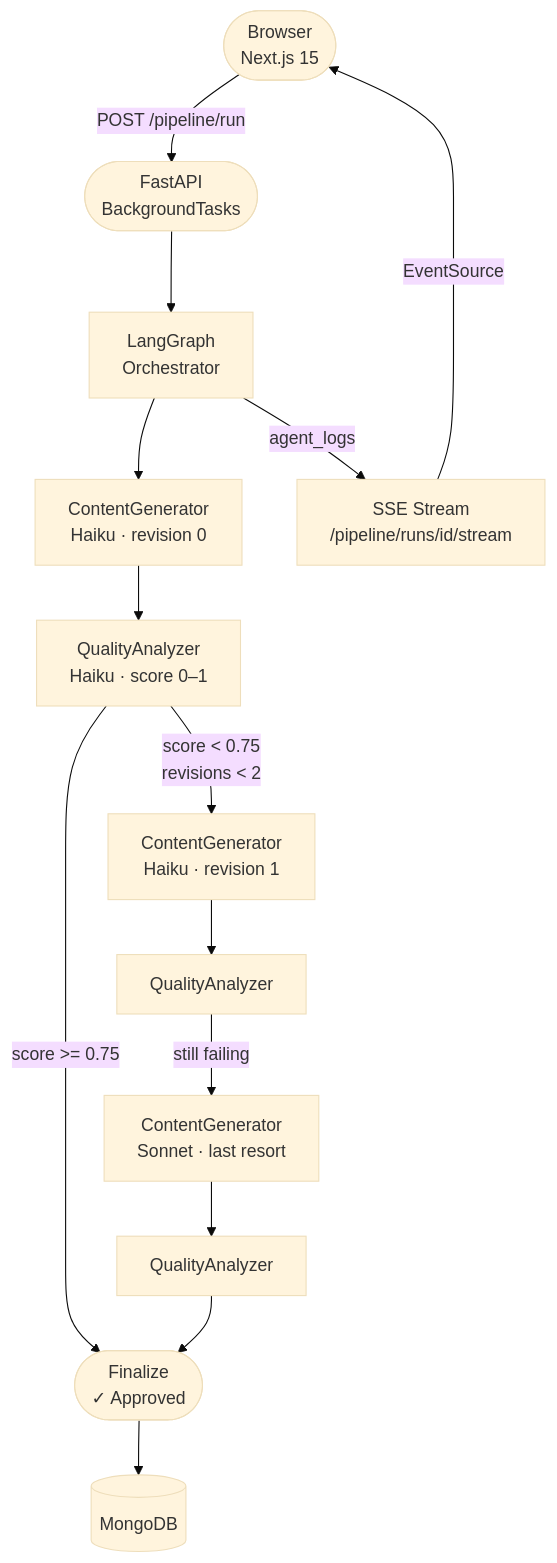
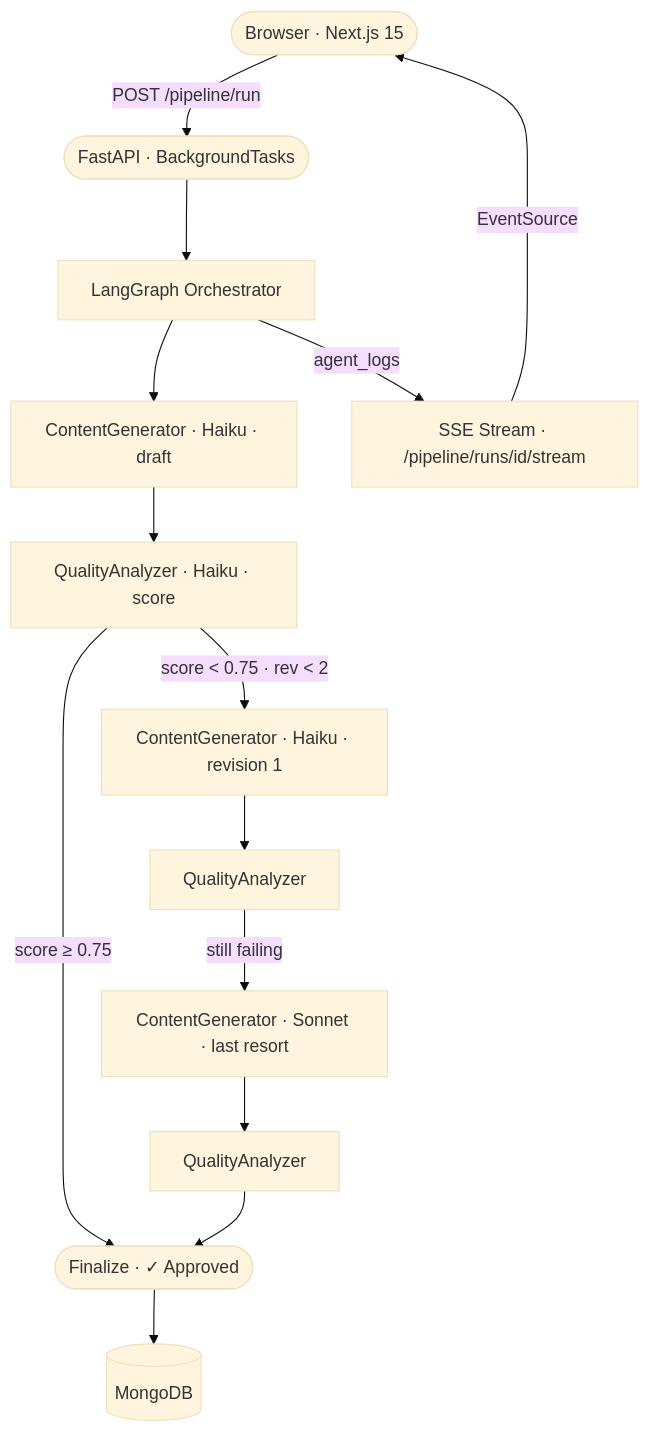
The diagram in README.md (GatoProgramador-01/medium-agent-factory), drawn with Mermaid (base theme) before and after one commit. The commit also changed other lines of this file and 2 other files, not shown here.

First line of the commit message:
docs: production-grade README, architecture doc, MIT license

````diff
--- a/README.md
+++ b/README.md
@@ -23,19 +29,19 @@
 ```mermaid
 graph TD
-    UI([Browser\nNext.js 15]) -->|POST /pipeline/run| API([FastAPI\nBackgroundTasks])
-    API --> ORC[LangGraph\nOrchestrator]
+    UI([Browser · Next.js 15]) -->|POST /pipeline/run| API([FastAPI · BackgroundTasks])
+    API --> ORC[LangGraph Orchestrator]
 
-    ORC --> GEN1[ContentGenerator\nHaiku · revision 0]
-    GEN1 --> QA1[QualityAnalyzer\nHaiku · score 0–1]
+    ORC --> GEN1[ContentGenerator · Haiku · draft]
+    GEN1 --> QA1[QualityAnalyzer · Haiku · score]
 
-    QA1 -->|score >= 0.75| FIN([Finalize\n✓ Approved])
-    QA1 -->|score < 0.75\nrevisions < 2| GEN2[ContentGenerator\nHaiku · revision 1]
+    QA1 -->|score ≥ 0.75| FIN([Finalize · ✓ Approved])
+    QA1 -->|score < 0.75 · rev < 2| GEN2[ContentGenerator · Haiku · revision 1]
     GEN2 --> QA2[QualityAnalyzer]
-    QA2 -->|still failing| GEN3[ContentGenerator\nSonnet · last resort]
+    QA2 -->|still failing| GEN3[ContentGenerator · Sonnet · last resort]
     GEN3 --> QA3[QualityAnalyzer]
     QA3 --> FIN
 
     FIN --> DB[(MongoDB)]
-    ORC -->|agent_logs| SSE[SSE Stream\n/pipeline/runs/id/stream]
+    ORC -->|agent_logs| SSE[SSE Stream · /pipeline/runs/id/stream]
     SSE -->|EventSource| UI
 ```
````
